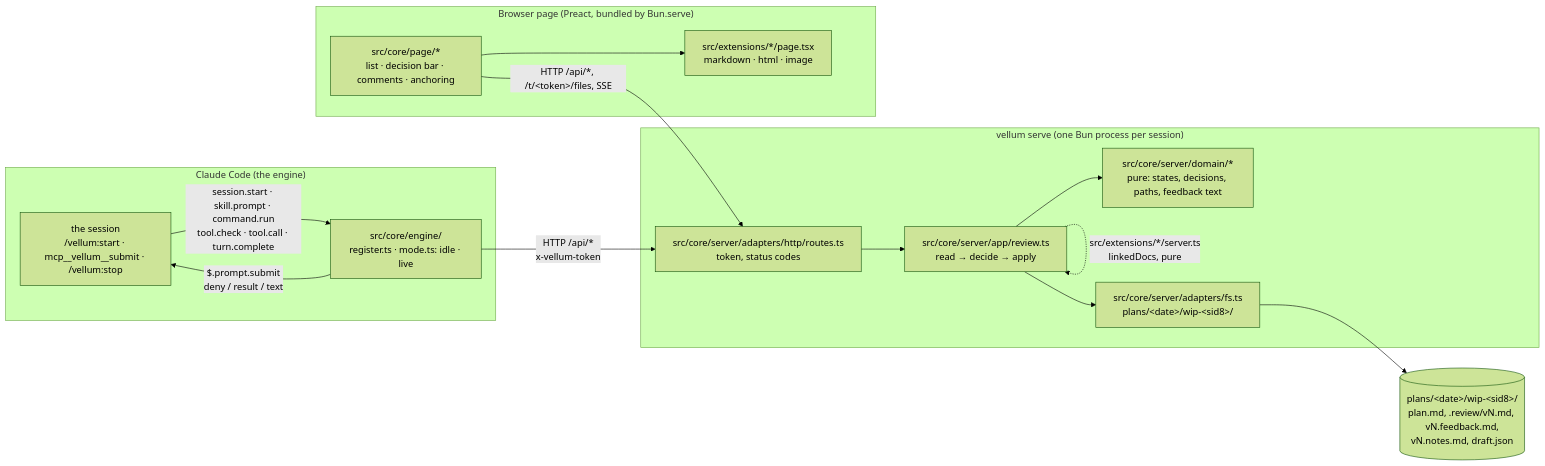
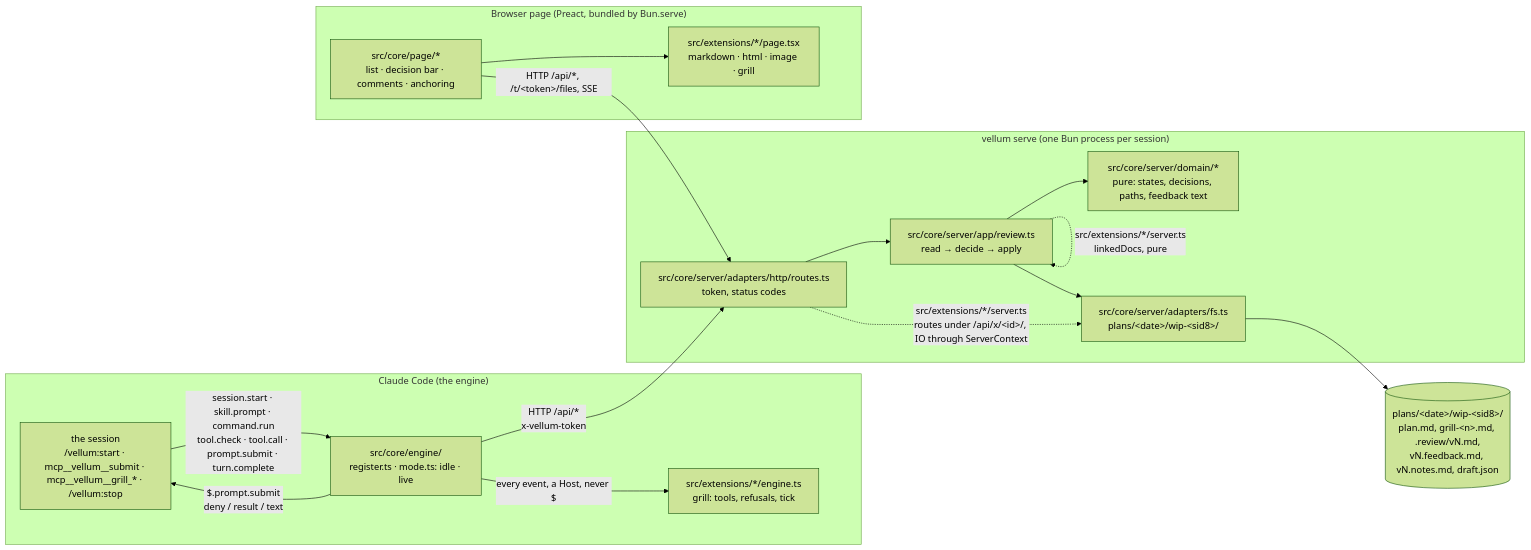
The first of 5 diagrams in vellum/docs/architecture.md (DYNOSuprovo/claude-code-plugins), drawn with Mermaid (forest theme) before and after one commit. The commit also changed other lines of this file and 59 other files, not shown here.

````diff
--- a/vellum/docs/architecture.md
+++ b/vellum/docs/architecture.md
@@ -11,27 +11,30 @@
 ```mermaid
 flowchart LR
   subgraph engine["Claude Code (the engine)"]
-    CC["the session<br/>/vellum:start · mcp__vellum__submit · /vellum:stop"]
+    CC["the session<br/>/vellum:start · mcp__vellum__submit · mcp__vellum__grill_* · /vellum:stop"]
     M["src/core/engine/<br/>register.ts · mode.ts: idle · live"]
-    CC -- "session.start · skill.prompt · command.run<br/>tool.check · tool.call · turn.complete" --> M
+    E["src/extensions/*/engine.ts<br/>grill: tools, refusals, tick"]
+    CC -- "session.start · skill.prompt · command.run<br/>tool.check · tool.call · prompt.submit · turn.complete" --> M
     M -- "$.prompt.submit<br/>deny / result / text" --> CC
+    M -- "every event, a Host, never $" --> E
   end
   subgraph server["vellum serve (one Bun process per session)"]
     R["src/core/server/adapters/http/routes.ts<br/>token, status codes"]
     A["src/core/server/app/review.ts<br/>read → decide → apply"]
     T["src/core/server/domain/*<br/>pure: states, decisions, paths, feedback text"]
     W["src/core/server/adapters/fs.ts<br/>plans/&lt;date&gt;/wip-&lt;sid8&gt;/"]
     R --> A --> T
     A --> W
   end
   subgraph page["Browser page (Preact, bundled by Bun.serve)"]
     U["src/core/page/*<br/>list · decision bar · comments · anchoring"]
-    P["src/extensions/*/page.tsx<br/>markdown · html · image"]
+    P["src/extensions/*/page.tsx<br/>markdown · html · image · grill"]
     U --> P
   end
   M -- "HTTP /api/*<br/>x-vellum-token" --> R
   U -- "HTTP /api/*, /t/&lt;token&gt;/files, SSE" --> R
   A -. "src/extensions/*/server.ts<br/>linkedDocs, pure" .-> A
-  F[("plans/&lt;date&gt;/wip-&lt;sid8&gt;/<br/>plan.md, .review/vN.md, vN.feedback.md,<br/>vN.notes.md, draft.json")]
+  R -. "src/extensions/*/server.ts<br/>routes under /api/x/&lt;id&gt;/, IO through ServerContext" .-> W
+  F[("plans/&lt;date&gt;/wip-&lt;sid8&gt;/<br/>plan.md, grill-&lt;n&gt;.md, .review/vN.md,<br/>vN.feedback.md, vN.notes.md, draft.json")]
   W --> F
 ```
````
